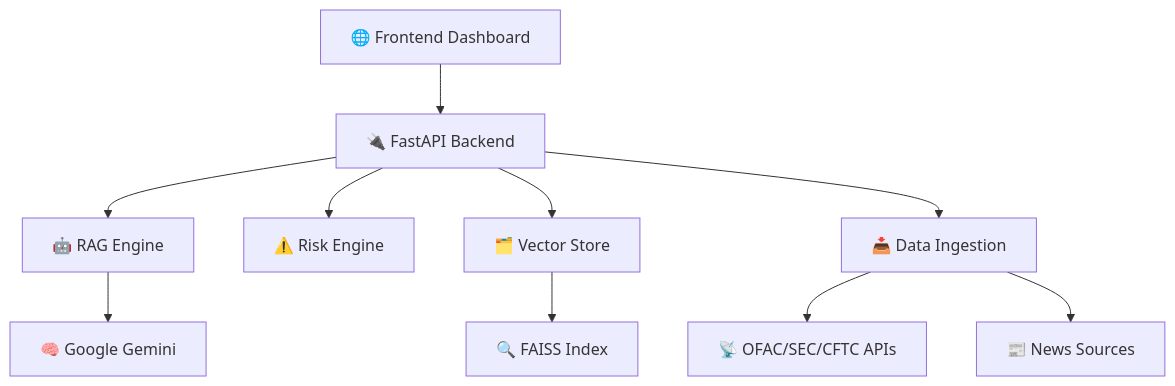
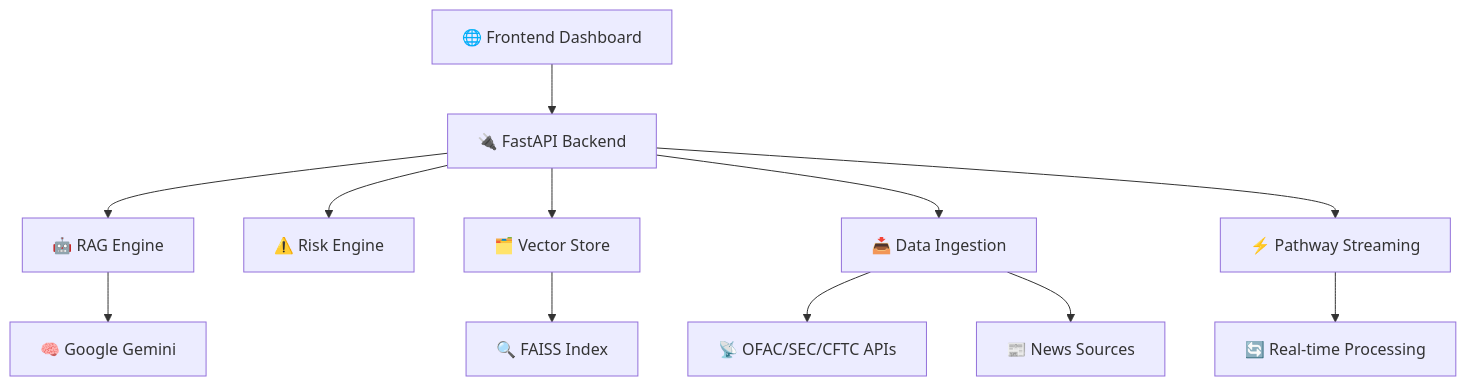
The diagram in README.md (VaibhavBhagat665/ReguChain), drawn with Mermaid before and after one commit. The commit also changed other lines of this file, not shown here.

````diff
--- a/README.md
+++ b/README.md
@@ -22,13 +22,15 @@
 ```mermaid
 graph TB
     A[🌐 Frontend Dashboard] --> B[🔌 FastAPI Backend]
     B --> C[🤖 RAG Engine]
     B --> D[⚠️ Risk Engine]
     B --> E[🗂️ Vector Store]
     B --> F[📥 Data Ingestion]
+    B --> G[⚡ Pathway Streaming]
     
-    C --> G[🧠 Google Gemini]
-    E --> H[🔍 FAISS Index]
-    F --> I[📡 OFAC/SEC/CFTC APIs]
-    F --> J[📰 News Sources]
+    C --> H[🧠 Google Gemini]
+    E --> I[🔍 FAISS Index]
+    F --> J[📡 OFAC/SEC/CFTC APIs]
+    F --> K[📰 News Sources]
+    G --> L[🔄 Real-time Processing]
 ```
````
